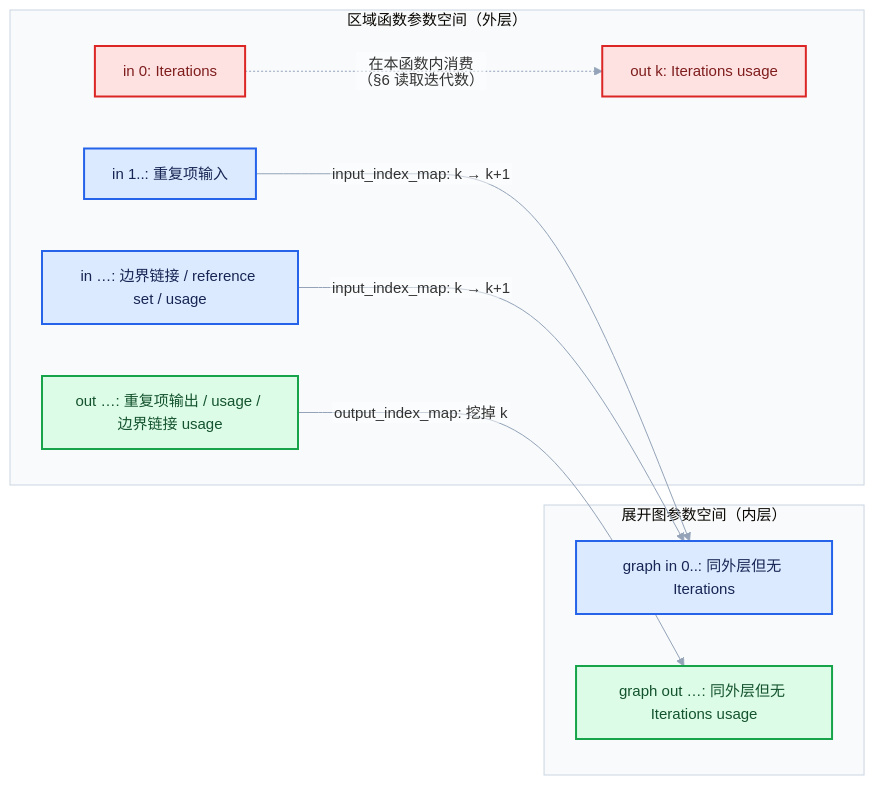
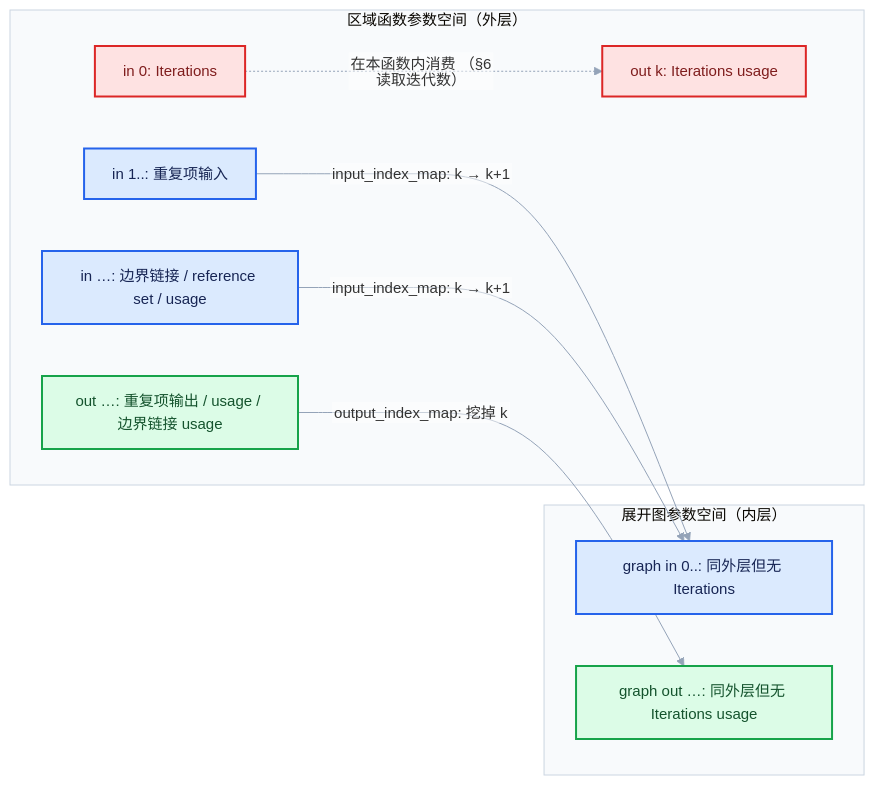
Before and after one commit to yunkezengren/blender-.vscode: the fifth of 7 diagrams in 杂/markdown/重复区域-dsh/90-实现依赖专题/README.md, drawn with Mermaid. The commit also changed other lines of this file and 27 other files, not shown here.

````diff
--- a/杂/markdown/重复区域-dsh/90-实现依赖专题/README.md
+++ b/杂/markdown/重复区域-dsh/90-实现依赖专题/README.md
@@ -1434,25 +1398,25 @@
 ```mermaid
 %%{init: {"theme":"base","themeVariables":{"fontFamily":"\"Segoe UI\",\"Microsoft YaHei\",sans-serif","fontSize":"15px","lineColor":"#94A3B8","edgeLabelBackground":"#FFFFFF","clusterBkg":"#F8FAFC","clusterBorder":"#CBD5E1"},"flowchart":{"htmlLabels":false,"curve":"basis","nodeSpacing":52,"rankSpacing":64,"padding":14,"diagramPadding":16,"useMaxWidth":true},"sequence":{"useMaxWidth":true,"wrap":true,"mirrorActors":false,"messageMargin":36}}}%%
 flowchart LR
     subgraph OUTER["区域函数参数空间（外层）"]
         O0["in 0: Iterations"]:::error
         O1["in 1..: 重复项输入"]:::input
         O2["in …: 边界链接 / reference set / usage"]:::input
         O3["out …: 重复项输出 / usage / 边界链接 usage"]:::result
         O4["out k: Iterations usage"]:::error
     end
     subgraph INNER["展开图参数空间（内层）"]
         I1["graph in 0..: 同外层但无 Iterations"]:::input
         I2["graph out …: 同外层但无 Iterations usage"]:::result
     end
     O1 -->|"input_index_map: k → k+1"| I1
     O2 -->|"input_index_map: k → k+1"| I1
     O3 -->|"output_index_map: 挖掉 k"| I2
-    O0 -.->|"在本函数内消费<br/>（§6 读取迭代数）"| O4
+    O0 -.->|"在本函数内消费 （§6 读取迭代数）"| O4
     classDef input fill:#DBEAFE,stroke:#2563EB,color:#172554,stroke-width:2px;
     classDef data fill:#CFFAFE,stroke:#0891B2,color:#164E63,stroke-width:2px;
     classDef abstraction fill:#EDE9FE,stroke:#7C3AED,color:#3B0764,stroke-width:2px;
     classDef compute fill:#FEF3C7,stroke:#D97706,color:#78350F,stroke-width:2px;
     classDef result fill:#DCFCE7,stroke:#16A34A,color:#14532D,stroke-width:2px;
     classDef error fill:#FEE2E2,stroke:#DC2626,color:#7F1D1D,stroke-width:2px;
 ```
````
